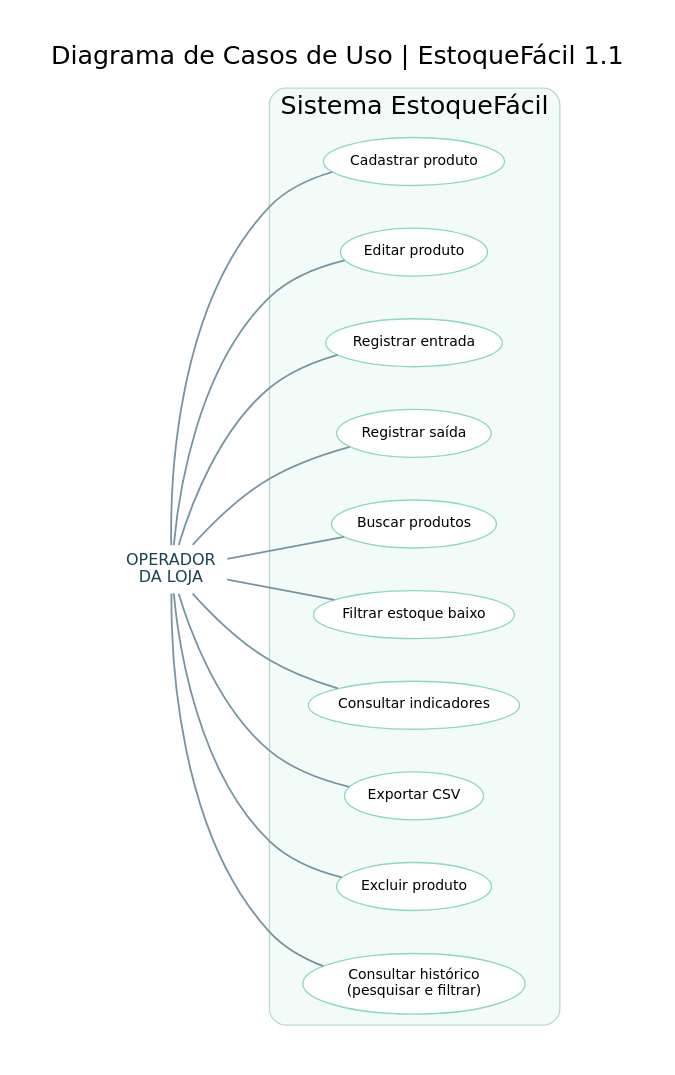
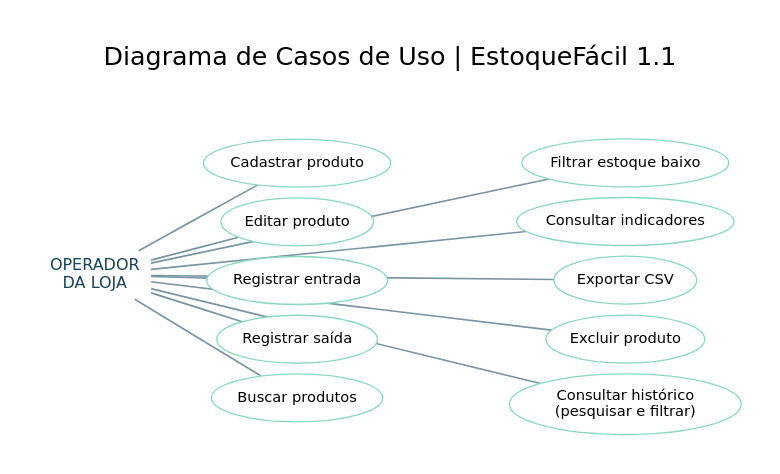
The diagram in docs/casos_de_uso.dot (Josecarlos3052/Estoque-facil), drawn with Graphviz before and after one commit. The commit also changed 6 other files, not shown here.

Commit message:
docs: refina diagramas e evidencias visuais

```diff
--- a/docs/casos_de_uso.dot
+++ b/docs/casos_de_uso.dot
@@ -1,21 +1,19 @@
-digraph UseCases {
- graph [label="Diagrama de Casos de Uso | EstoqueFácil 1.1",labelloc=t,fontsize=19,fontname="DejaVu Sans",bgcolor="white",ranksep=.55,nodesep=.45,pad=.3];
- rankdir=LR;
- node [fontname="DejaVu Sans",fontsize=10.5];
- edge [color="#7894a3",penwidth=1.35];
- operador [shape=plaintext,label="OPERADOR\nDA LOJA",fontcolor="#184456",fontsize=12];
- subgraph cluster_system {
-  label="Sistema EstoqueFácil";fontname="DejaVu Sans";style="rounded";color="#b7dacf";fillcolor="#f3fbf8";bgcolor="#f3fbf8";
-  cadastrar [label="Cadastrar produto",shape=ellipse,style=filled,fillcolor="white",color="#8bd8c2"];
-  editar [label="Editar produto",shape=ellipse,style=filled,fillcolor="white",color="#8bd8c2"];
-  entrada [label="Registrar entrada",shape=ellipse,style=filled,fillcolor="white",color="#8bd8c2"];
-  saida [label="Registrar saída",shape=ellipse,style=filled,fillcolor="white",color="#8bd8c2"];
-  buscar [label="Buscar produtos",shape=ellipse,style=filled,fillcolor="white",color="#8bd8c2"];
-  baixo [label="Filtrar estoque baixo",shape=ellipse,style=filled,fillcolor="white",color="#8bd8c2"];
-  indicadores [label="Consultar indicadores",shape=ellipse,style=filled,fillcolor="white",color="#8bd8c2"];
-  csv [label="Exportar CSV",shape=ellipse,style=filled,fillcolor="white",color="#8bd8c2"];
-  excluir [label="Excluir produto",shape=ellipse,style=filled,fillcolor="white",color="#8bd8c2"];
-  historico [label="Consultar histórico\n(pesquisar e filtrar)",shape=ellipse,style=filled,fillcolor="white",color="#8bd8c2"];
- }
- operador -> {cadastrar editar entrada saida buscar baixo indicadores csv excluir historico} [arrowhead=none];
+graph UseCases {
+ graph [label="Diagrama de Casos de Uso | EstoqueFácil 1.1",labelloc=t,fontsize=19,fontname="DejaVu Sans",bgcolor="white",pad=.3,layout=neato,overlap=false,splines=line,outputorder=edgesfirst];
+ node [fontname="DejaVu Sans",fontsize=11];
+ edge [color="#7894a3",penwidth=1.25];
+ dummy [label="",shape=point,width=0,height=0,style=invis,pos="400,330!"];
+ operador [shape=plaintext,label="OPERADOR\nDA LOJA",fontcolor="#184456",fontsize=12,pos="35,155!"];
+ cadastrar [label="Cadastrar produto",shape=ellipse,style=filled,fillcolor="white",color="#8bd8c2",pos="220,250!"];
+ editar [label="Editar produto",shape=ellipse,style=filled,fillcolor="white",color="#8bd8c2",pos="220,200!"];
+ entrada [label="Registrar entrada",shape=ellipse,style=filled,fillcolor="white",color="#8bd8c2",pos="220,150!"];
+ saida [label="Registrar saída",shape=ellipse,style=filled,fillcolor="white",color="#8bd8c2",pos="220,100!"];
+ buscar [label="Buscar produtos",shape=ellipse,style=filled,fillcolor="white",color="#8bd8c2",pos="220,50!"];
+ baixo [label="Filtrar estoque baixo",shape=ellipse,style=filled,fillcolor="white",color="#8bd8c2",pos="520,250!"];
+ indicadores [label="Consultar indicadores",shape=ellipse,style=filled,fillcolor="white",color="#8bd8c2",pos="520,200!"];
+ csv [label="Exportar CSV",shape=ellipse,style=filled,fillcolor="white",color="#8bd8c2",pos="520,150!"];
+ excluir [label="Excluir produto",shape=ellipse,style=filled,fillcolor="white",color="#8bd8c2",pos="520,100!"];
+ historico [label="Consultar histórico\n(pesquisar e filtrar)",shape=ellipse,style=filled,fillcolor="white",color="#8bd8c2",pos="520,50!"];
+ operador -- cadastrar; operador -- editar; operador -- entrada; operador -- saida; operador -- buscar;
+ operador -- baixo; operador -- indicadores; operador -- csv; operador -- excluir; operador -- historico;
 }
```
